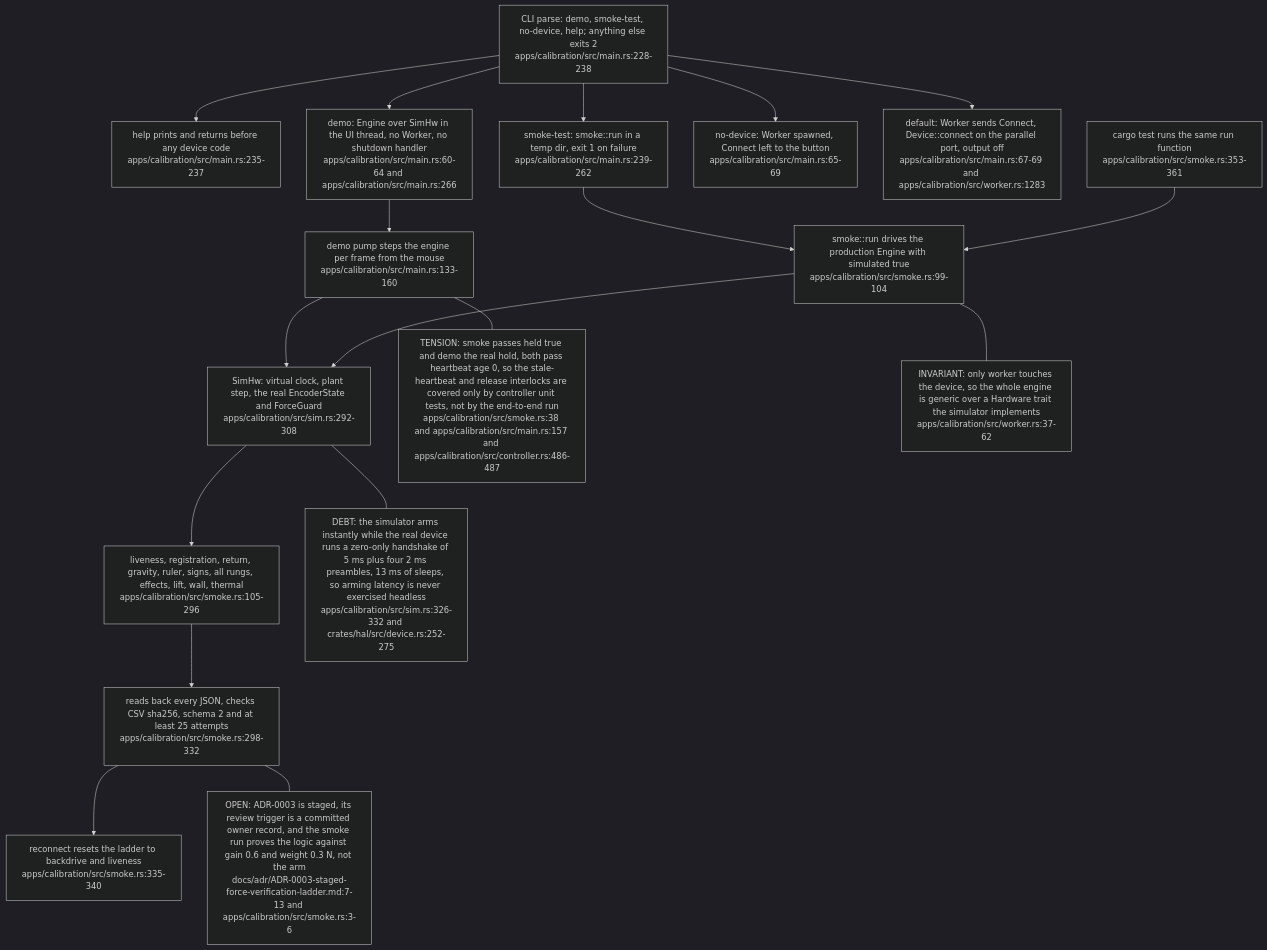
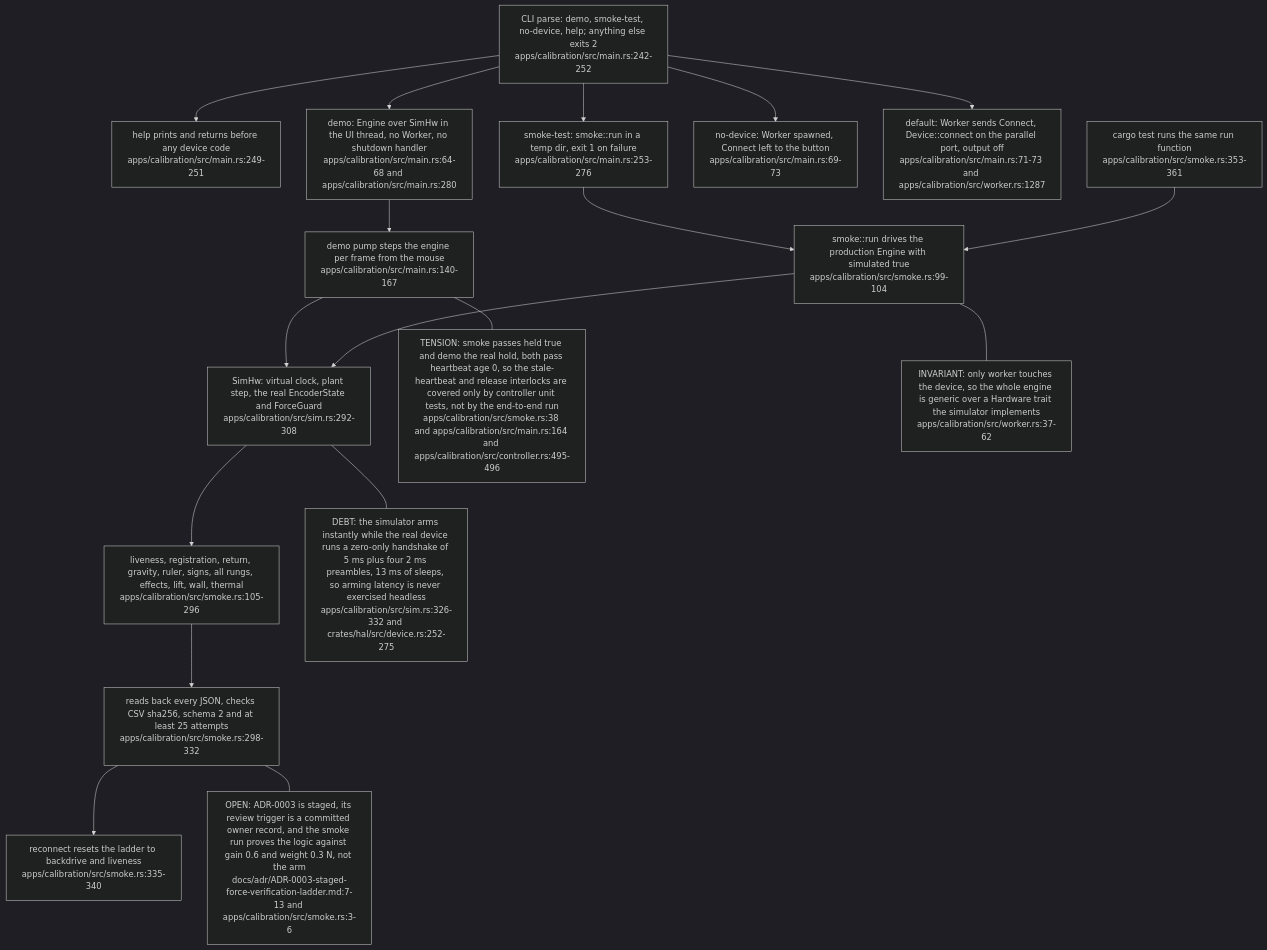
One commit to DreamLab-AI/VisionFlow changed the sixth of 7 diagrams in docs/diagrams/visiontouch-rs/08-calibration-studio-and-verification-ladder.md. Above: the diagram before and after it, drawn with Mermaid (dark theme). The commit also changed other lines of this file and 160 other files, not shown here.

````diff
--- a/docs/diagrams/visiontouch-rs/08-calibration-studio-and-verification-ladder.md
+++ b/docs/diagrams/visiontouch-rs/08-calibration-studio-and-verification-ladder.md
@@ -300,37 +306,37 @@
 ```mermaid
 flowchart TB
-    CLI["CLI parse: demo, smoke-test, no-device, help; anything else exits 2<br/>apps/calibration/src/main.rs:228-238"]
-    HELP["help prints and returns before any device code<br/>apps/calibration/src/main.rs:235-237"]
-    SMOKE["smoke-test: smoke::run in a temp dir, exit 1 on failure<br/>apps/calibration/src/main.rs:239-262"]
-    DEMO["demo: Engine over SimHw in the UI thread, no Worker, no shutdown handler<br/>apps/calibration/src/main.rs:60-64 and apps/calibration/src/main.rs:266"]
-    NODEV["no-device: Worker spawned, Connect left to the button<br/>apps/calibration/src/main.rs:65-69"]
-    REAL["default: Worker sends Connect, Device::connect on the parallel port, output off<br/>apps/calibration/src/main.rs:67-69 and apps/calibration/src/worker.rs:1283"]
+    CLI["CLI parse: demo, smoke-test, no-device, help; anything else exits 2<br/>apps/calibration/src/main.rs:242-252"]
+    HELP["help prints and returns before any device code<br/>apps/calibration/src/main.rs:249-251"]
+    SMOKE["smoke-test: smoke::run in a temp dir, exit 1 on failure<br/>apps/calibration/src/main.rs:253-276"]
+    DEMO["demo: Engine over SimHw in the UI thread, no Worker, no shutdown handler<br/>apps/calibration/src/main.rs:64-68 and apps/calibration/src/main.rs:280"]
+    NODEV["no-device: Worker spawned, Connect left to the button<br/>apps/calibration/src/main.rs:69-73"]
+    REAL["default: Worker sends Connect, Device::connect on the parallel port, output off<br/>apps/calibration/src/main.rs:71-73 and apps/calibration/src/worker.rs:1287"]
     RUN["smoke::run drives the production Engine with simulated true<br/>apps/calibration/src/smoke.rs:99-104"]
     PLANT["SimHw: virtual clock, plant step, the real EncoderState and ForceGuard<br/>apps/calibration/src/sim.rs:292-308"]
     LADDER["liveness, registration, return, gravity, ruler, signs, all rungs, effects, lift, wall, thermal<br/>apps/calibration/src/smoke.rs:105-296"]
     VERIFY["reads back every JSON, checks CSV sha256, schema 2 and at least 25 attempts<br/>apps/calibration/src/smoke.rs:298-332"]
     RECON["reconnect resets the ladder to backdrive and liveness<br/>apps/calibration/src/smoke.rs:335-340"]
     TEST["cargo test runs the same run function<br/>apps/calibration/src/smoke.rs:353-361"]
-    PUMP["demo pump steps the engine per frame from the mouse<br/>apps/calibration/src/main.rs:133-160"]
+    PUMP["demo pump steps the engine per frame from the mouse<br/>apps/calibration/src/main.rs:140-167"]
     CLI --> HELP
     CLI --> SMOKE
     CLI --> DEMO
     CLI --> NODEV
     CLI --> REAL
     SMOKE --> RUN
     TEST --> RUN
     DEMO --> PUMP
     PUMP --> PLANT
     RUN --> PLANT
     PLANT --> LADDER
     LADDER --> VERIFY
     VERIFY --> RECON
     N1["DEBT: the simulator arms instantly while the real device runs a zero-only handshake of 5 ms plus four 2 ms preambles, 13 ms of sleeps, so arming latency is never exercised headless<br/>apps/calibration/src/sim.rs:326-332 and crates/hal/src/device.rs:252-275"]
-    N2["TENSION: smoke passes held true and demo the real hold, both pass heartbeat age 0, so the stale-heartbeat and release interlocks are covered only by controller unit tests, not by the end-to-end run<br/>apps/calibration/src/smoke.rs:38 and apps/calibration/src/main.rs:157 and apps/calibration/src/controller.rs:486-487"]
+    N2["TENSION: smoke passes held true and demo the real hold, both pass heartbeat age 0, so the stale-heartbeat and release interlocks are covered only by controller unit tests, not by the end-to-end run<br/>apps/calibration/src/smoke.rs:38 and apps/calibration/src/main.rs:164 and apps/calibration/src/controller.rs:495-496"]
     N3["INVARIANT: only worker touches the device, so the whole engine is generic over a Hardware trait the simulator implements<br/>apps/calibration/src/worker.rs:37-62"]
     N4["OPEN: ADR-0003 is staged, its review trigger is a committed owner record, and the smoke run proves the logic against gain 0.6 and weight 0.3 N, not the arm<br/>docs/adr/ADR-0003-staged-force-verification-ladder.md:7-13 and apps/calibration/src/smoke.rs:3-6"]
     PLANT --- N1
     PUMP --- N2
     RUN --- N3
     VERIFY --- N4
 ```
````
